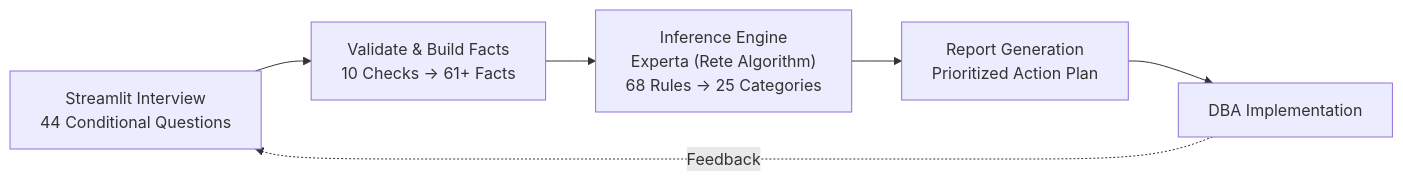
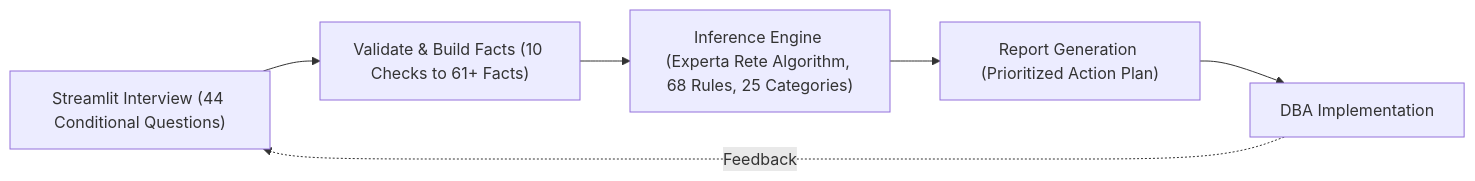
One commit to fourth-year-team/Expert-System-Query-Optimizer-Project changed the fifth of 5 diagrams in docs/diagrams.md. Above: the diagram before and after it, drawn with Mermaid. The commit also changed other lines of this file and 3 other files, not shown here.

Commit message:
fix: question ordering, dedup rules, Streamlit report rendering

````diff
--- a/docs/diagrams.md
+++ b/docs/diagrams.md
@@ -194,8 +194,8 @@
 ```mermaid
 flowchart LR
-    Step1["Streamlit Interview<br/>44 Conditional Questions"] --> Step2["Validate & Build Facts<br/>10 Checks → 61+ Facts"]
-    Step2 --> Step3["Inference Engine<br/>Experta (Rete Algorithm)<br/>68 Rules → 25 Categories"]
-    Step3 --> Step4["Report Generation<br/>Prioritized Action Plan"]
+    Step1["Streamlit Interview (44 Conditional Questions)"] --> Step2["Validate & Build Facts (10 Checks to 61+ Facts)"]
+    Step2 --> Step3["Inference Engine (Experta Rete Algorithm, 68 Rules, 25 Categories)"]
+    Step3 --> Step4["Report Generation (Prioritized Action Plan)"]
     Step4 --> Step5["DBA Implementation"]
     Step5 -.->|"Feedback"| Step1
 ```
````
